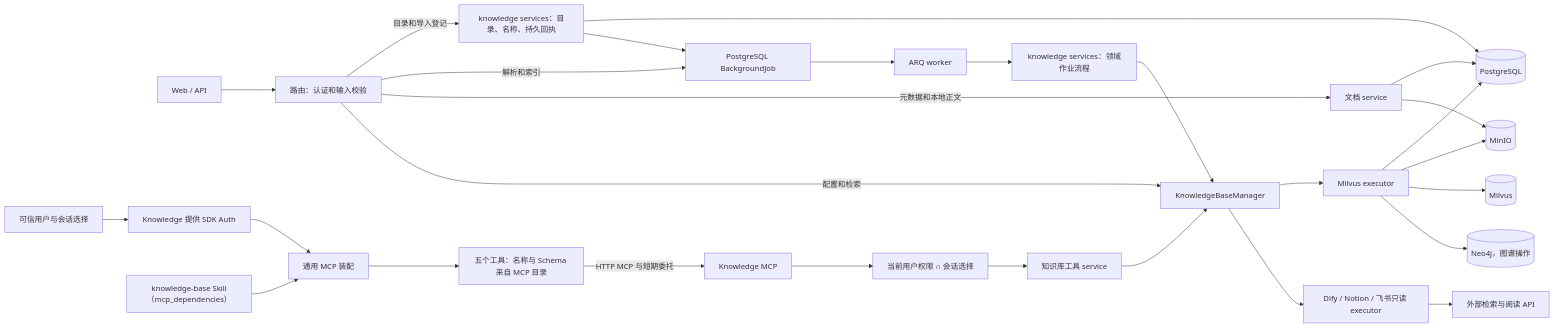
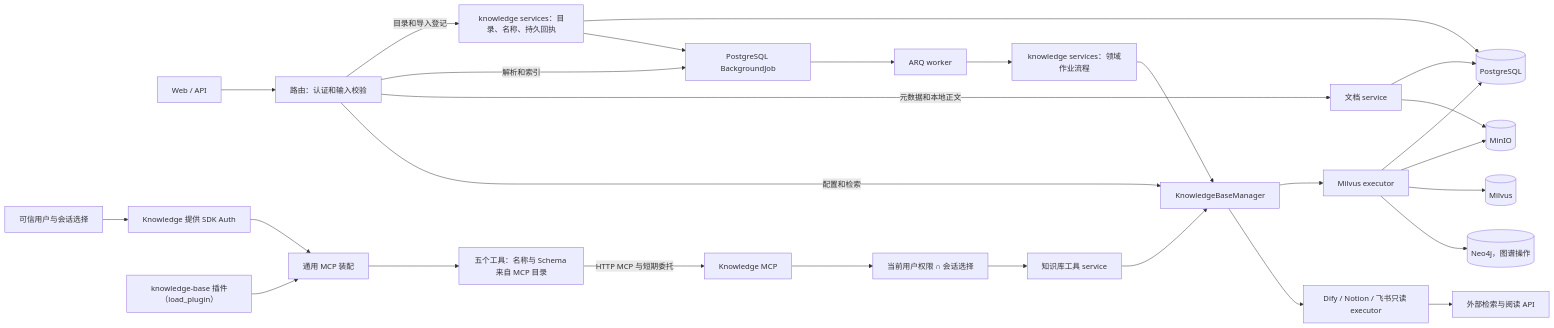
Before and after one commit to xerrors/Yuxi: the first of 2 diagrams in docs/mechanisms/knowledge-base.md, drawn with Mermaid. The commit also changed other lines of this file and 140 other files, not shown here.

````diff
--- a/docs/mechanisms/knowledge-base.md
+++ b/docs/mechanisms/knowledge-base.md
@@ -23,31 +23,31 @@
 ```mermaid
 flowchart LR
     UI["Web / API"] --> Router["路由：认证和输入校验"]
     Router -->|目录和导入登记| Import["knowledge services：目录、名称、持久回执"]
     Import --> PG
     Import --> Task["PostgreSQL BackgroundJob"]
     Router -->|解析和索引| Task
     Router -->|元数据和本地正文| Documents["文档 service"]
     Documents --> PG
     Documents --> Object
     Router -->|配置和检索| Manager
     Task --> Worker["ARQ worker"]
     Worker --> Handler["knowledge services：领域作业流程"]
     Handler --> Manager["KnowledgeBaseManager"]
     Manager --> MilvusKB["Milvus executor"]
     Manager --> Connector["Dify / Notion / 飞书只读 executor"]
     MilvusKB --> PG[("PostgreSQL")]
     MilvusKB --> Object[("MinIO")]
     MilvusKB --> Vector[("Milvus")]
     MilvusKB --> Graph[("Neo4j，图谱操作")]
     Connector --> External["外部检索与阅读 API"]
 
     Context["可信用户与会话选择"] --> Integration["Knowledge 提供 SDK Auth"]
     Integration --> Loader["通用 MCP 装配"]
-    Skill["knowledge-base Skill（mcp_dependencies）"] --> Loader
+    Plugin["knowledge-base 插件（load_plugin）"] --> Loader
     Loader --> Tools["五个工具：名称与 Schema 来自 MCP 目录"]
     Tools -->|HTTP MCP 与短期委托| MCP["Knowledge MCP"]
     MCP --> Visible["当前用户权限 ∩ 会话选择"]
     Visible --> Service["知识库工具 service"]
     Service --> Manager
 ```
````
